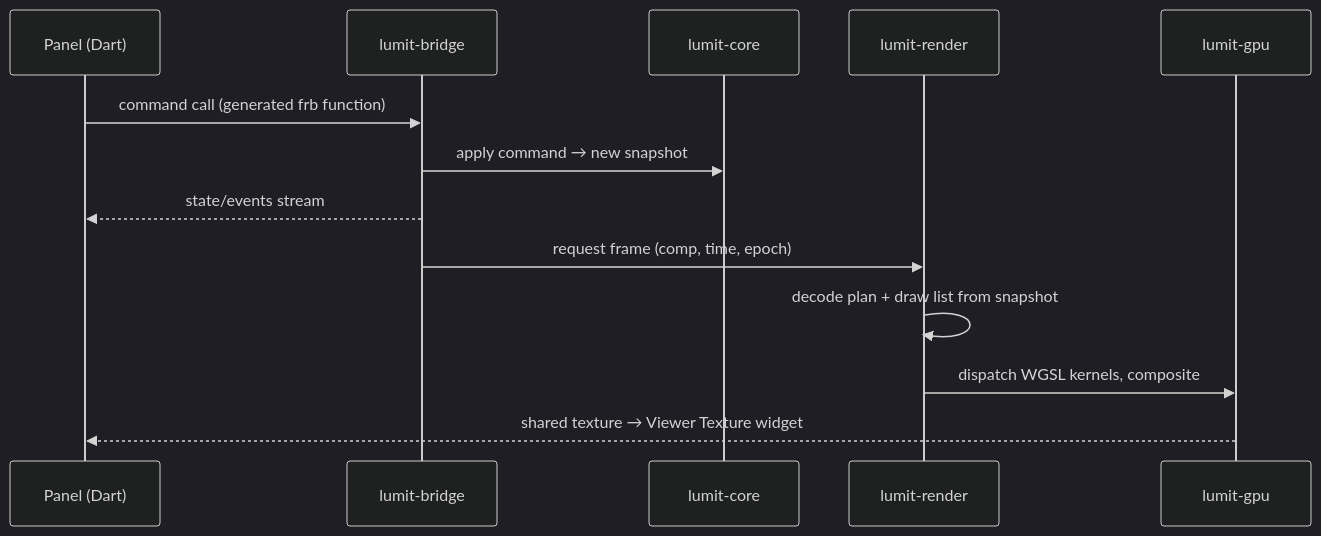
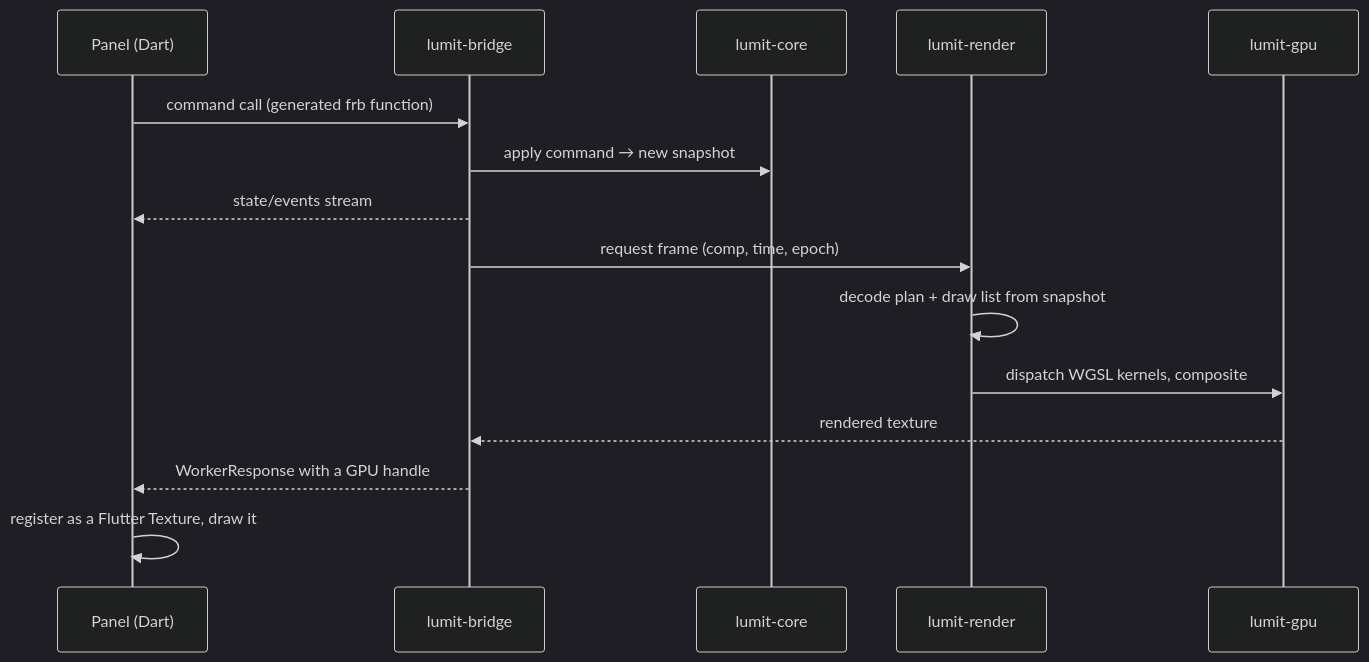
One commit to luminalmvm/Lumit changed the third of 3 diagrams in docs/learn/00-MAP.md. Above: the diagram before and after it, drawn with Mermaid (dark theme). The commit also changed other lines of this file and 9 other files, not shown here.

````diff
--- a/docs/learn/00-MAP.md
+++ b/docs/learn/00-MAP.md
@@ -99,15 +99,17 @@
 ```mermaid
 sequenceDiagram
     participant P as Panel (Dart)
     participant B as lumit-bridge
     participant C as lumit-core
     participant R as lumit-render
     participant G as lumit-gpu
     P->>B: command call (generated frb function)
     B->>C: apply command → new snapshot
     B-->>P: state/events stream
     B->>R: request frame (comp, time, epoch)
     R->>R: decode plan + draw list from snapshot
     R->>G: dispatch WGSL kernels, composite
-    G-->>P: shared texture → Viewer Texture widget
+    G-->>B: rendered texture
+    B-->>P: WorkerResponse with a GPU handle
+    P->>P: register as a Flutter Texture, draw it
 ```
````
